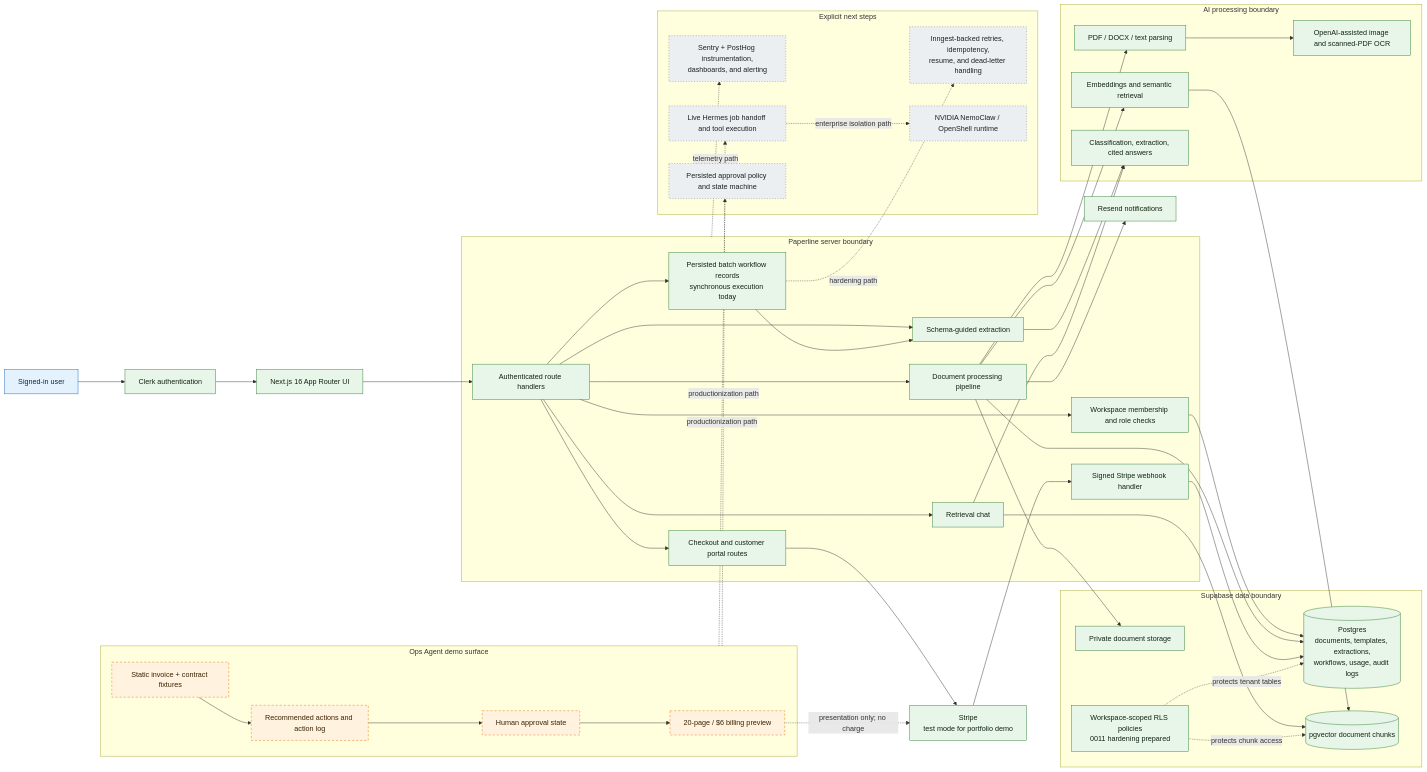
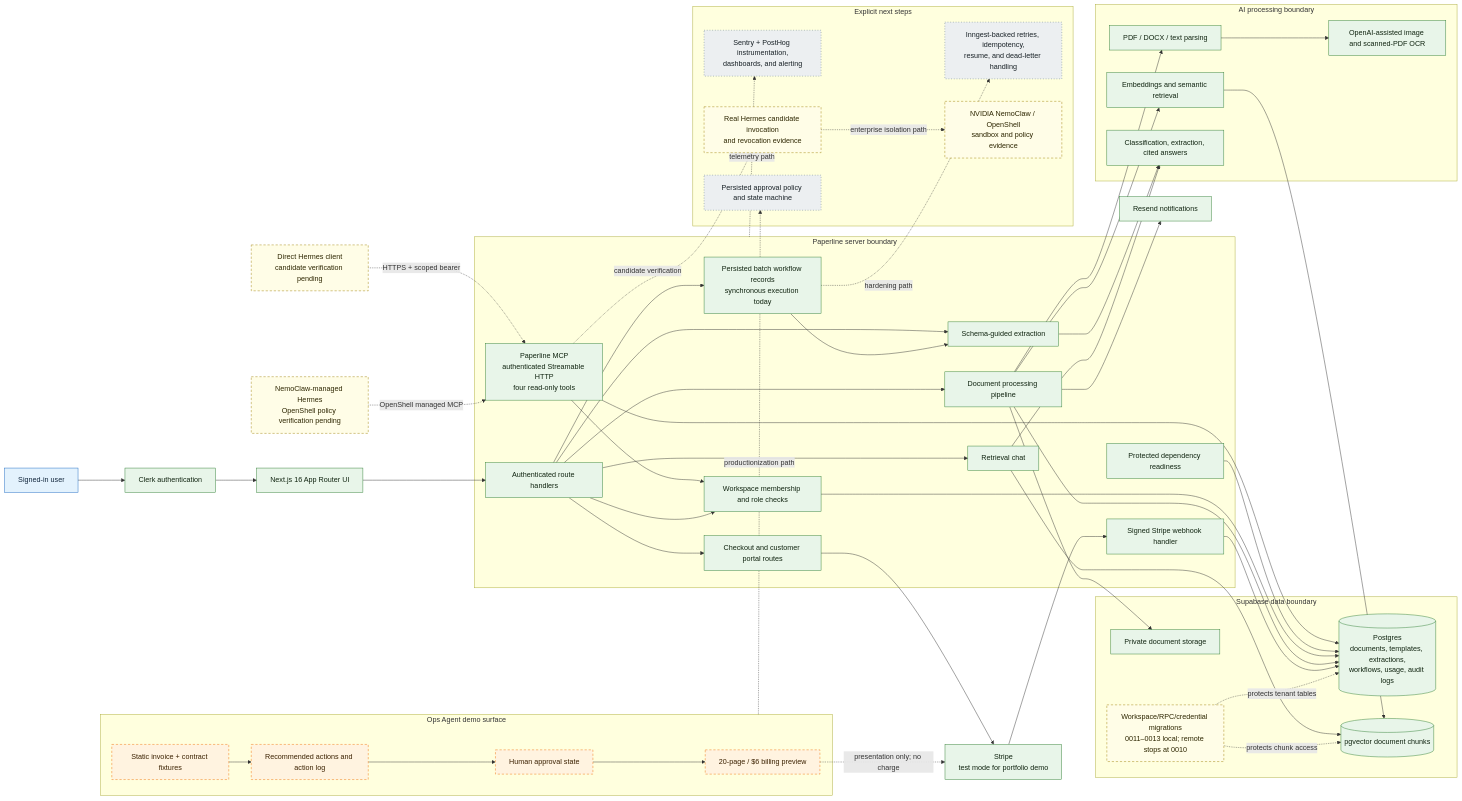
Before and after one commit to HarrisonBlake01/paperline: the diagram in docs/portfolio/architecture.md, drawn with Mermaid. The commit also changed other lines of this file and 63 other files, not shown here.

Commit message:
docs(security): define secure MCP runtime readiness plan

````diff
--- a/docs/portfolio/architecture.md
+++ b/docs/portfolio/architecture.md
@@ -13,11 +14,14 @@
   classDef implemented fill:#e8f5e9,stroke:#2e7d32,color:#102410
   classDef demo fill:#fff3e0,stroke:#ef6c00,color:#3b2100,stroke-dasharray:5 4
   classDef planned fill:#eceff1,stroke:#546e7a,color:#182126,stroke-dasharray:2 4
+  classDef prepared fill:#fffde7,stroke:#9e7d00,color:#2d2600,stroke-dasharray:5 4
   classDef boundary fill:#e3f2fd,stroke:#1565c0,color:#10253b
 
   U[Signed-in user]:::boundary
   C[Clerk authentication]:::implemented
   UI[Next.js 16 App Router UI]:::implemented
+  H[Direct Hermes client<br/>candidate verification pending]:::prepared
+  NH[NemoClaw-managed Hermes<br/>OpenShell policy verification pending]:::prepared
 
   subgraph APP[Paperline server boundary]
     API[Authenticated route handlers]:::implemented
@@ -28,13 +32,15 @@
     WF[Persisted batch workflow records<br/>synchronous execution today]:::implemented
     BILL[Checkout and customer portal routes]:::implemented
     WH[Signed Stripe webhook handler]:::implemented
+    MCP[Paperline MCP<br/>authenticated Streamable HTTP<br/>four read-only tools]:::implemented
+    READY[Protected dependency readiness]:::implemented
   end
 
   subgraph DATA[Supabase data boundary]
     STORE[Private document storage]:::implemented
     DB[(Postgres<br/>documents, templates, extractions,<br/>workflows, usage, audit logs)]:::implemented
     VEC[(pgvector document chunks)]:::implemented
-    RLS[Workspace-scoped RLS policies<br/>0011 hardening prepared]:::implemented
+    RLS[Workspace/RPC/credential migrations<br/>0011–0013 local; remote stops at 0010]:::prepared
   end
 
   subgraph AI[AI processing boundary]
@@ -57,12 +63,17 @@
   subgraph NEXT[Explicit next steps]
     QUEUE[Inngest-backed retries, idempotency,<br/>resume, and dead-letter handling]:::planned
     OBS[Sentry + PostHog instrumentation,<br/>dashboards, and alerting]:::planned
-    AGENT[Live Hermes job handoff and tool execution]:::planned
-    SECURE[NVIDIA NemoClaw / OpenShell runtime]:::planned
+    AGENT[Real Hermes candidate invocation<br/>and revocation evidence]:::prepared
+    SECURE[NVIDIA NemoClaw / OpenShell<br/>sandbox and policy evidence]:::prepared
     APPROVALS[Persisted approval policy and state machine]:::planned
   end
 
   U --> C --> UI --> API
+  H -. HTTPS + scoped bearer .-> MCP
+  NH -. OpenShell managed MCP .-> MCP
+  MCP --> AUTH
+  MCP --> DB
+  READY --> DB
   API --> AUTH
   AUTH --> DB
   API --> PIPE
@@ -86,7 +97,7 @@
 
   WF -. hardening path .-> QUEUE
   APP -. telemetry path .-> OBS
-  DEMO -. productionization path .-> AGENT
+  MCP -. candidate verification .-> AGENT
   DEMO -. productionization path .-> APPROVALS
   AGENT -. enterprise isolation path .-> SECURE
 ```
````
